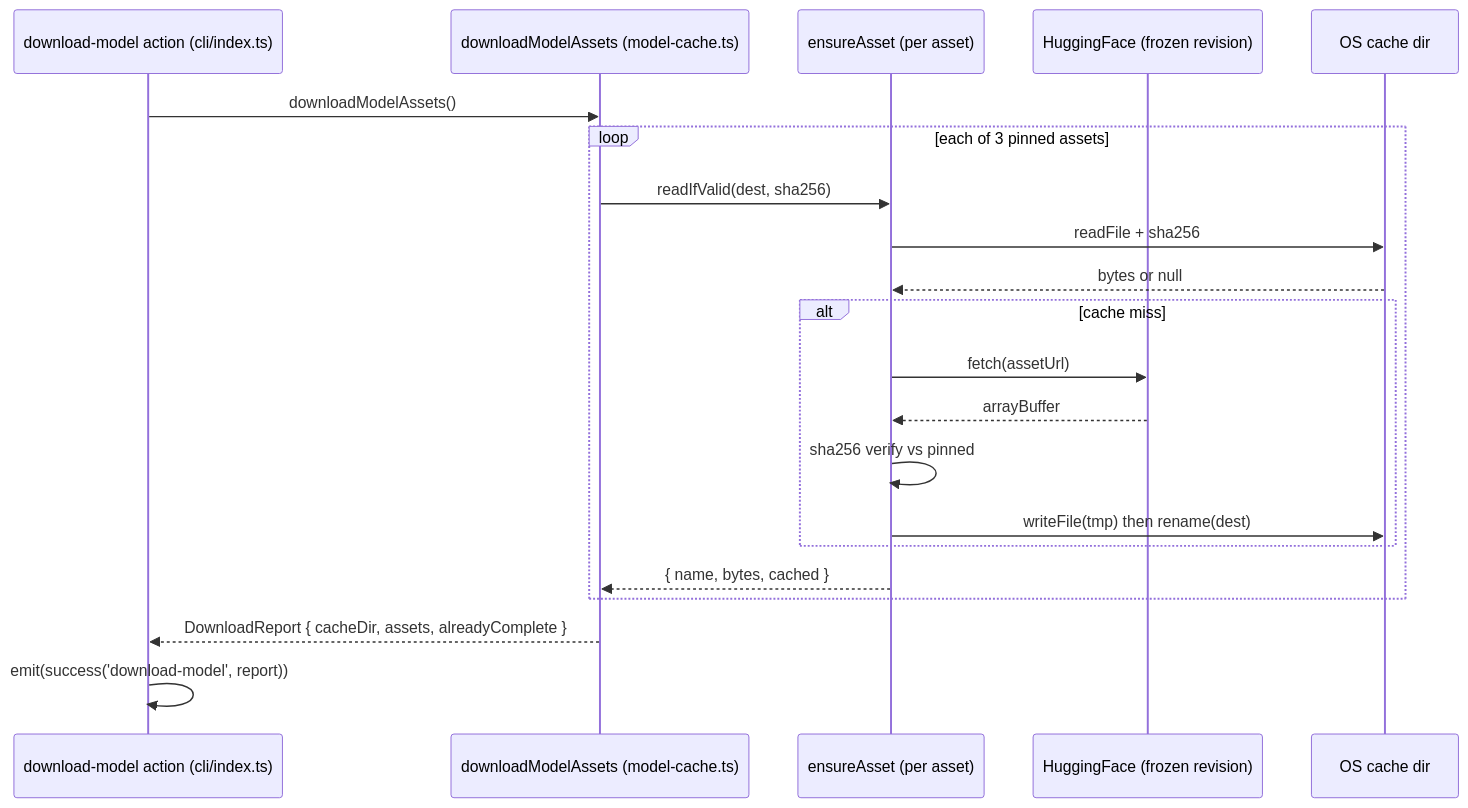
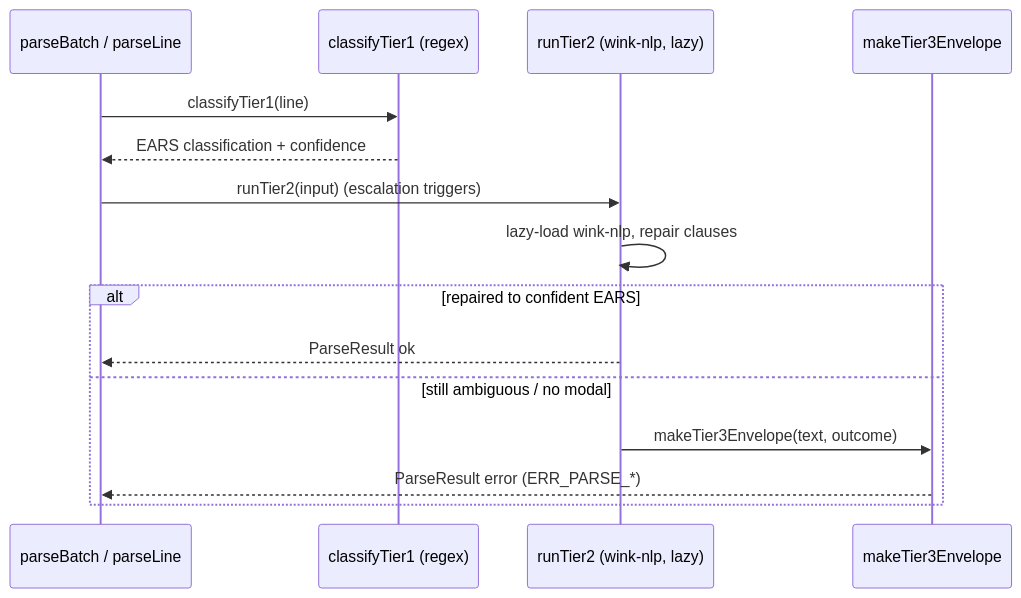
Before and after one commit to theagenticguy/symspec: the second of 3 diagrams in docs/diagrams/behavioral/sequences.md, drawn with Mermaid. The commit also changed other lines of this file and 19 other files, not shown here.

````diff
--- a/docs/diagrams/behavioral/sequences.md
+++ b/docs/diagrams/behavioral/sequences.md
@@ -43,23 +45,17 @@
 ```mermaid
 sequenceDiagram
-    participant CLI as download-model action (cli/index.ts)
-    participant Cache as downloadModelAssets (model-cache.ts)
-    participant Asset as ensureAsset (per asset)
-    participant HF as HuggingFace (frozen revision)
-    participant FS as OS cache dir
-    CLI->>Cache: downloadModelAssets()
-    loop each of 3 pinned assets
-        Cache->>Asset: readIfValid(dest, sha256)
-        Asset->>FS: readFile + sha256
-        FS-->>Asset: bytes or null
-        alt cache miss
-            Asset->>HF: fetch(assetUrl)
-            HF-->>Asset: arrayBuffer
-            Asset->>Asset: sha256 verify vs pinned
-            Asset->>FS: writeFile(tmp) then rename(dest)
-        end
-        Asset-->>Cache: { name, bytes, cached }
+    participant Batch as parseBatch / parseLine
+    participant T1 as classifyTier1 (regex)
+    participant T2 as runTier2 (wink-nlp, lazy)
+    participant T3 as makeTier3Envelope
+    Batch->>T1: classifyTier1(line)
+    T1-->>Batch: EARS classification + confidence
+    Batch->>T2: runTier2(input) (escalation triggers)
+    T2->>T2: lazy-load wink-nlp, repair clauses
+    alt repaired to confident EARS
+        T2-->>Batch: ParseResult ok
+    else still ambiguous / no modal
+        T2->>T3: makeTier3Envelope(text, outcome)
+        T3-->>Batch: ParseResult error (ERR_PARSE_*)
     end
-    Cache-->>CLI: DownloadReport { cacheDir, assets, alreadyComplete }
-    CLI->>CLI: emit(success('download-model', report))
 ```
````
